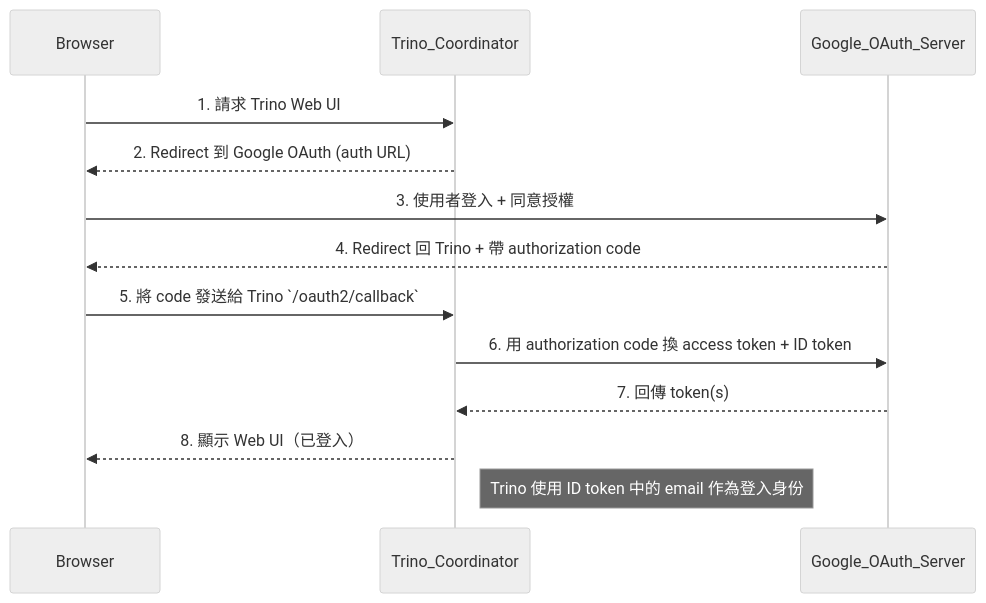
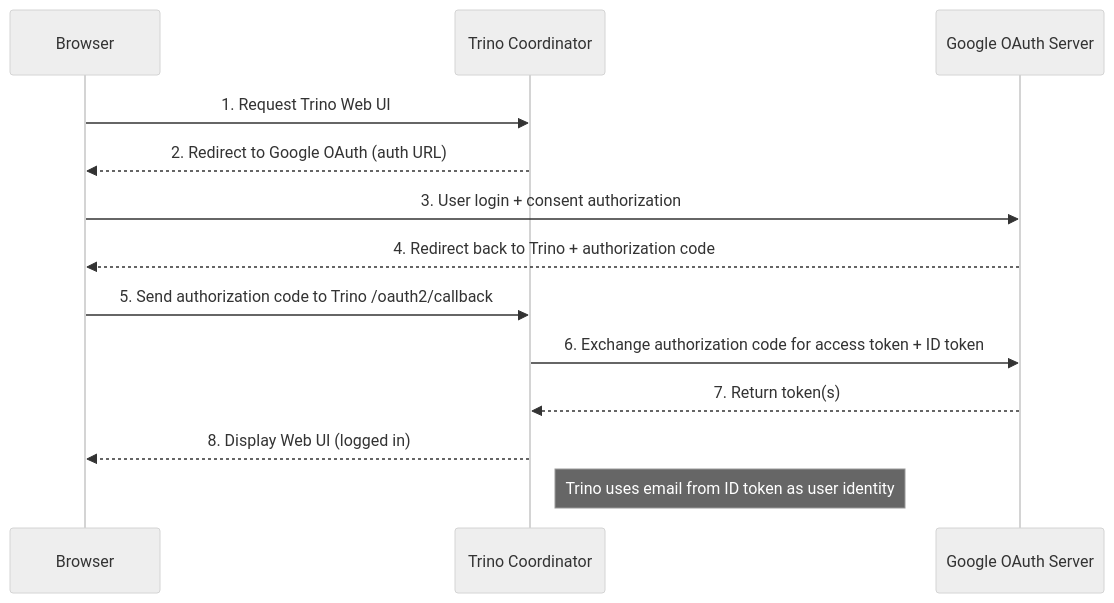
One commit to kuanchoulai10/retail-lakehouse changed the diagram in docs/trino/oauth2.md. Above: the diagram before and after it, drawn with Mermaid (neutral theme). The commit also changed other lines of this file, not shown here.

Commit message:
Enhance OAuth 2.0 authentication documentation with detailed configuration steps and sequence diagram

````diff
--- a/docs/trino/oauth2.md
+++ b/docs/trino/oauth2.md
@@ -204,17 +206,17 @@
 ```mermaid
 sequenceDiagram
-    participant Browser
-    participant Trino_Coordinator
-    participant Google_OAuth_Server
+  participant Browser
+  participant Coordinator as Trino Coordinator
+  participant Server as Google OAuth Server
 
-    Browser->>Trino_Coordinator: 1. 請求 Trino Web UI
-    Trino_Coordinator-->>Browser: 2. Redirect 到 Google OAuth (auth URL)
-    Browser->>Google_OAuth_Server: 3. 使用者登入 + 同意授權
-    Google_OAuth_Server-->>Browser: 4. Redirect 回 Trino + 帶 authorization code
-    Browser->>Trino_Coordinator: 5. 將 code 發送給 Trino `/oauth2/callback`
-    Trino_Coordinator->>Google_OAuth_Server: 6. 用 authorization code 換 access token + ID token
-    Google_OAuth_Server-->>Trino_Coordinator: 7. 回傳 token(s)
-    Trino_Coordinator-->>Browser: 8. 顯示 Web UI（已登入）
+  Browser->>Coordinator: 1. Request Trino Web UI
+  Coordinator-->>Browser: 2. Redirect to Google OAuth (auth URL)
+  Browser->>Server: 3. User login + consent authorization
+  Server-->>Browser: 4. Redirect back to Trino + authorization code
+  Browser->>Coordinator: 5. Send authorization code to Trino /oauth2/callback
+  Coordinator->>Server: 6. Exchange authorization code for access token + ID token
+  Server-->>Coordinator: 7. Return token(s)
+  Coordinator-->>Browser: 8. Display Web UI (logged in)
 
-    note right of Trino_Coordinator: Trino 使用 ID token 中的 email 作為登入身份
+  note right of Coordinator: Trino uses email from ID token as user identity
 ```
````
